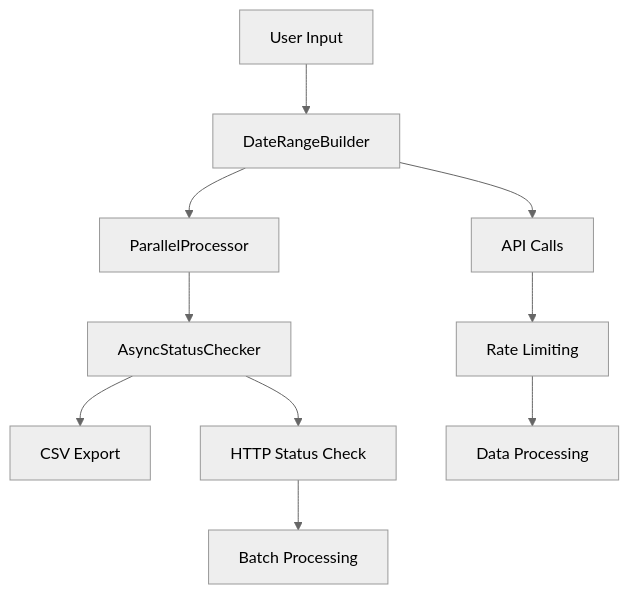
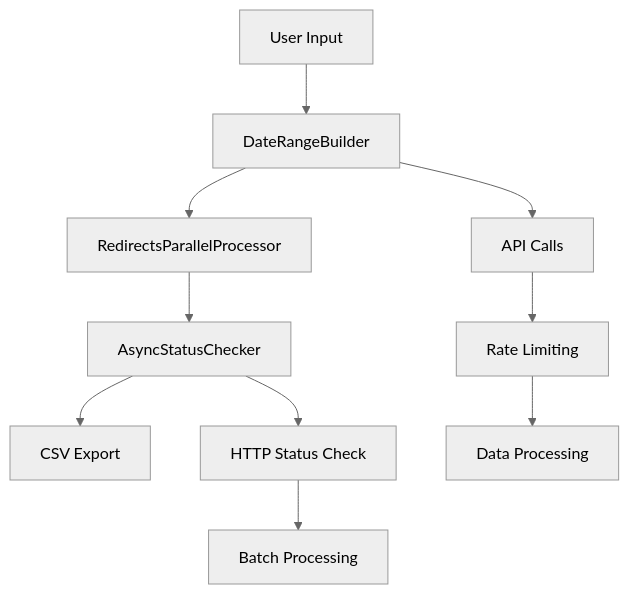
The diagram in redirects_report/README.md (arcxp/arc-content-report), drawn with Mermaid (neutral theme) before and after one commit. The commit also changed other lines of this file and 8 other files, not shown here.

First line of the commit message:
refactor wires_report with parallel processing and modular architecture

````diff
--- a/redirects_report/README.md
+++ b/redirects_report/README.md
@@ -43,14 +43,14 @@
 ```mermaid
 graph TD
     A[User Input] --> B[DateRangeBuilder]
-    B --> C[ParallelProcessor]
+    B --> C[RedirectsParallelProcessor]
     C --> D[AsyncStatusChecker]
     D --> E[CSV Export]
     
     B --> F[API Calls]
     F --> G[Rate Limiting]
     G --> H[Data Processing]
     
     D --> I[HTTP Status Check]
     I --> J[Batch Processing]
 ```
````
